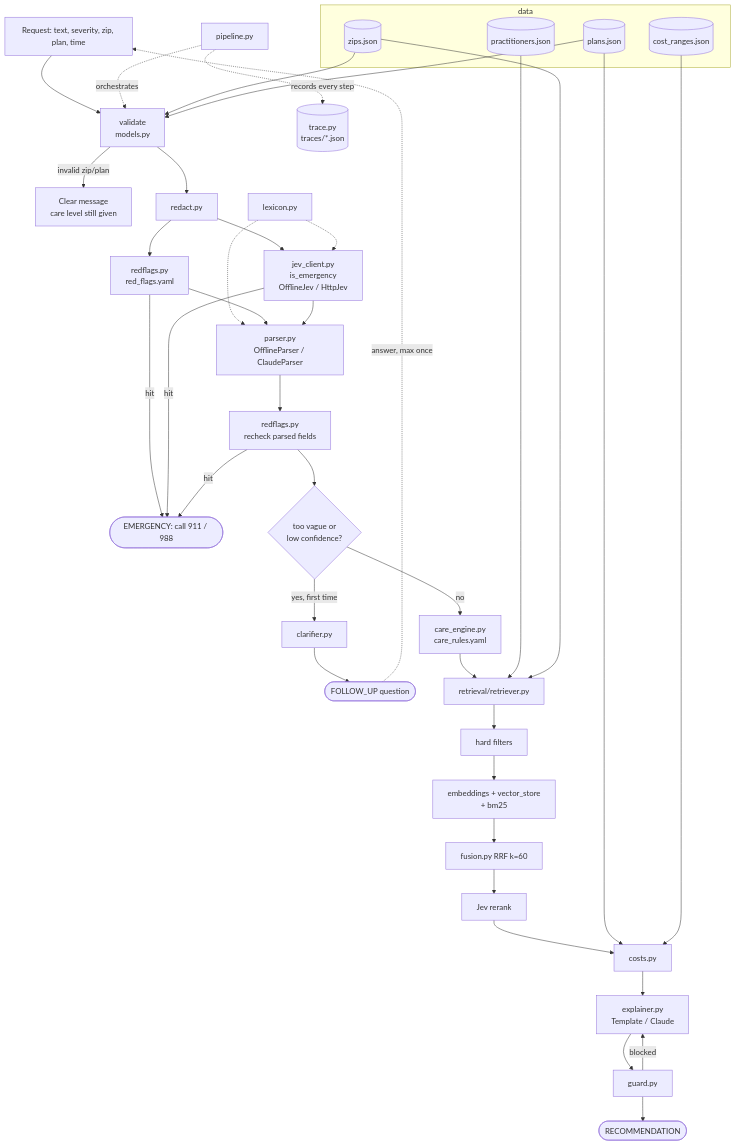
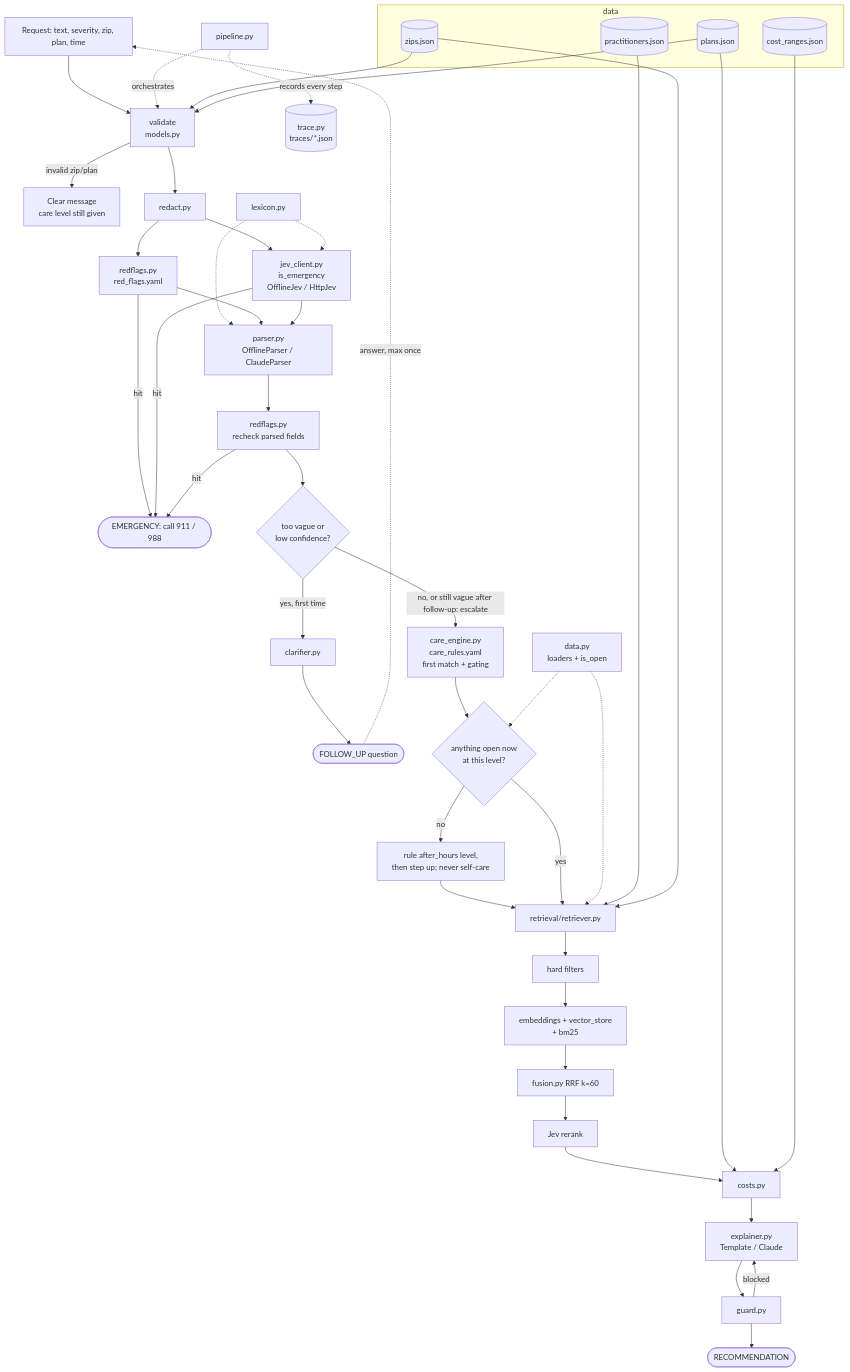
One commit to Yadnu/care-navigator changed the diagram in care-navigator/docs/context-graph.md. Above: the diagram before and after it, drawn with Mermaid. The commit also changed other lines of this file and 2 other files, not shown here.

Commit message:
docs: phase 4 decisions and context graph

````diff
--- a/care-navigator/docs/context-graph.md
+++ b/care-navigator/docs/context-graph.md
@@ -9,44 +9,50 @@
 ```mermaid
 flowchart TD
     REQ[Request: text, severity, zip, plan, time] --> VAL[validate<br/>models.py]
     VAL -->|invalid zip/plan| MSG[Clear message<br/>care level still given]
     VAL --> RED[redact.py]
     RED --> RF1[redflags.py<br/>red_flags.yaml]
     RED --> JEV1[jev_client.py<br/>is_emergency<br/>OfflineJev / HttpJev]
     LEX[lexicon.py] -.-> JEV1
     LEX -.-> PARSE
     RF1 -->|hit| EMER([EMERGENCY: call 911 / 988])
     JEV1 -->|hit| EMER
     RF1 --> PARSE[parser.py<br/>OfflineParser / ClaudeParser]
     JEV1 --> PARSE
     PARSE --> RF2[redflags.py<br/>recheck parsed fields]
     RF2 -->|hit| EMER
     RF2 --> VAGUE{too vague or<br/>low confidence?}
     VAGUE -->|yes, first time| CLAR[clarifier.py]
     CLAR --> FU([FOLLOW_UP question])
     FU -.->|answer, max once| REQ
-    VAGUE -->|no| ENG[care_engine.py<br/>care_rules.yaml]
-    ENG --> RET[retrieval/retriever.py]
+    VAGUE -->|no, or still vague after follow-up: escalate| ENG[care_engine.py<br/>care_rules.yaml<br/>first match + gating]
+    ENG --> HRS{anything open now<br/>at this level?}
+    HRS -->|no| AH[rule after_hours level,<br/>then step up; never self-care]
+    AH --> RET
+    HRS -->|yes| RET
+    RET[retrieval/retriever.py]
+    DATA[data.py<br/>loaders + is_open] -.-> HRS
+    DATA -.-> RET
     RET --> FIL[hard filters] --> HYB[embeddings + vector_store<br/>+ bm25] --> RRF[fusion.py RRF k=60] --> RR[Jev rerank]
     RR --> COST[costs.py]
     COST --> EXP[explainer.py<br/>Template / Claude]
     EXP --> GRD[guard.py]
     GRD -->|blocked| EXP
     GRD --> REC([RECOMMENDATION])
     TRACE[(trace.py<br/>traces/*.json)]
     PIPE[pipeline.py] -.orchestrates.-> VAL
     PIPE -.records every step.-> TRACE
 
     subgraph data
       ZIPS[(zips.json)]
       PLANS[(plans.json)]
       PRACS[(practitioners.json)]
       COSTS[(cost_ranges.json)]
     end
     ZIPS --> VAL
     PLANS --> VAL
     PRACS --> RET
     ZIPS --> RET
     PLANS --> COST
     COSTS --> COST
 ```
````
